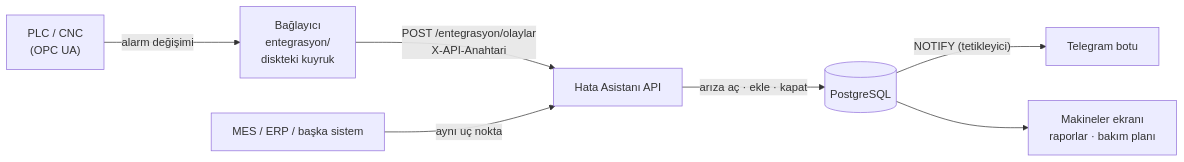
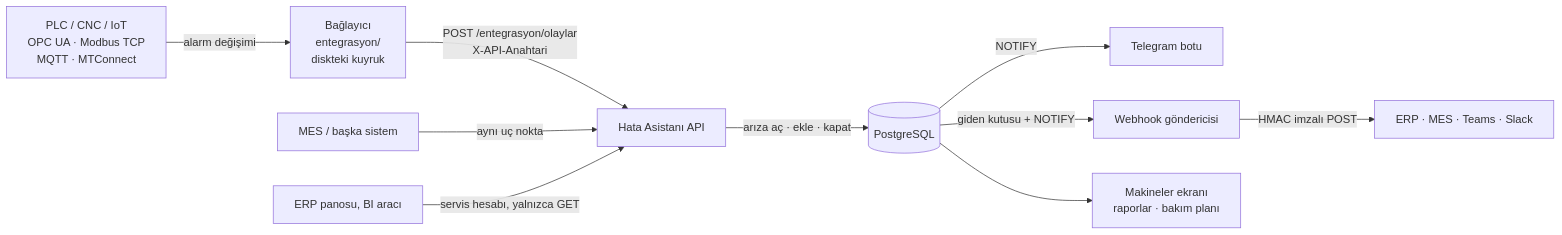
One commit to omer1916/HataAsistani changed the second of 2 diagrams in README.md. Above: the diagram before and after it, drawn with Mermaid. The commit also changed other lines of this file and 40 other files, not shown here.

First line of the commit message:
Modbus, MQTT, MTConnect, imzalı webhook'lar ve servis hesabı (#23)

````diff
--- a/README.md
+++ b/README.md
@@ -300,9 +305,12 @@
 ```mermaid
 flowchart LR
-    PLC["PLC / CNC<br/>(OPC UA)"] -->|"alarm değişimi"| BAG["Bağlayıcı<br/>entegrasyon/<br/>diskteki kuyruk"]
+    PLC["PLC / CNC / IoT<br/>OPC UA · Modbus TCP<br/>MQTT · MTConnect"] -->|"alarm değişimi"| BAG["Bağlayıcı<br/>entegrasyon/<br/>diskteki kuyruk"]
     BAG -->|"POST /entegrasyon/olaylar<br/>X-API-Anahtari"| API["Hata Asistanı API"]
-    MES["MES / ERP / başka sistem"] -->|"aynı uç nokta"| API
+    MES["MES / başka sistem"] -->|"aynı uç nokta"| API
     API -->|"arıza aç · ekle · kapat"| PG[("PostgreSQL")]
-    PG -->|"NOTIFY (tetikleyici)"| BOT["Telegram botu"]
+    PG -->|"NOTIFY"| BOT["Telegram botu"]
+    PG -->|"giden kutusu + NOTIFY"| WH["Webhook göndericisi"]
+    WH -->|"HMAC imzalı POST"| ERP["ERP · MES · Teams · Slack"]
+    PANO["ERP panosu, BI aracı"] -->|"servis hesabı, yalnızca GET"| API
     PG --> EKRAN["Makineler ekranı<br/>raporlar · bakım planı"]
 ```
````
